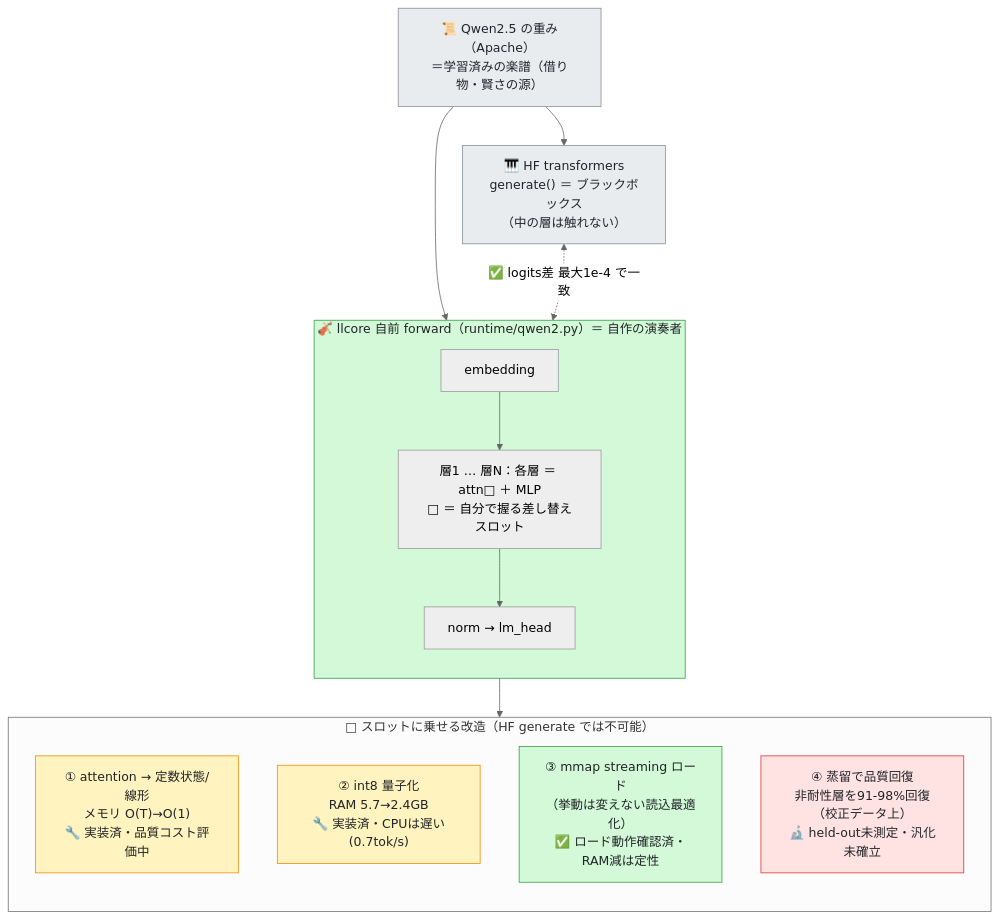
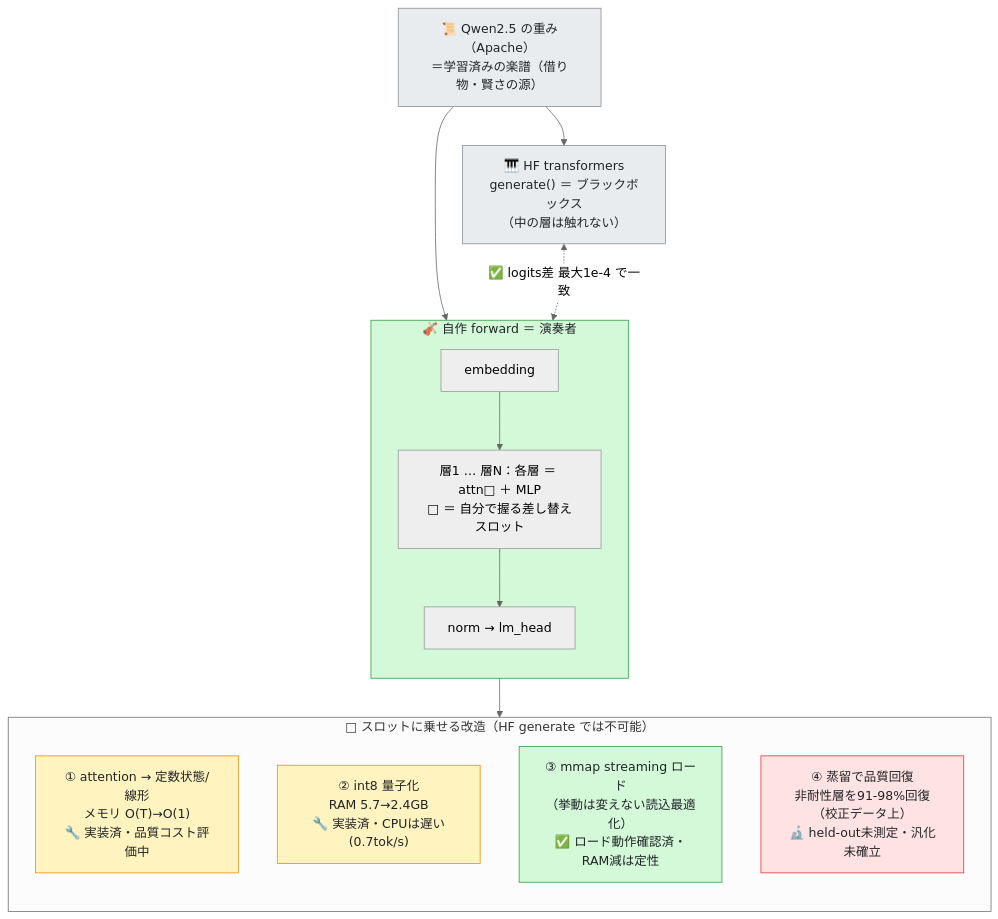
One commit to furuse-kazufumi/fullsense changed the diagram in docs/articles/drafts/QIITA_#43_honest_proxy_ja.md. Above: the diagram before and after it, drawn with Mermaid (neutral theme).

Commit message:
auto: QIITA_#43_honest_proxy_ja.md 編集前 (2026-06-27 21:45)

````diff
--- a/docs/articles/drafts/QIITA_#43_honest_proxy_ja.md
+++ b/docs/articles/drafts/QIITA_#43_honest_proxy_ja.md
@@ -467,28 +467,28 @@
 ```mermaid
 flowchart TB
     W["📜 Qwen2.5 の重み（Apache）<br/>＝学習済みの楽譜（借り物・賢さの源）"]
     W --> HF
     W --> NAT
     HF["🎹 HF transformers<br/>generate() ＝ ブラックボックス<br/>（中の層は触れない）"]
-    subgraph NAT["🎻 llcore 自前 forward（runtime/qwen2.py）＝ 自作の演奏者"]
+    subgraph NAT["🎻 自作 forward ＝ 演奏者"]
         direction TB
         E["embedding"] --> LY["層1 … 層N：各層 ＝ attn□ ＋ MLP<br/>□ ＝ 自分で握る差し替えスロット"] --> O["norm → lm_head"]
     end
     HF <-.->|"✅ logits差 最大1e-4 で一致"| NAT
     NAT --> MOD
     subgraph MOD["□ スロットに乗せる改造（HF generate では不可能）"]
         direction TB
         M1["① attention → 定数状態/線形<br/>メモリ O(T)→O(1)<br/>🔧 実装済・品質コスト評価中"]
         M2["② int8 量子化<br/>RAM 5.7→2.4GB<br/>🔧 実装済・CPUは遅い(0.7tok/s)"]
         M3["③ mmap streaming ロード<br/>（挙動は変えない読込最適化）<br/>✅ ロード動作確認済・RAM減は定性"]
         M4["④ 蒸留で品質回復<br/>非耐性層を91-98%回復（校正データ上）<br/>🔬 held-out未測定・汎化未確立"]
     end
     classDef borrowed fill:#e9ecef,stroke:#868e96,color:#212529
     classDef done fill:#d3f9d8,stroke:#2f9e44,color:#212529
     classDef wip fill:#fff3bf,stroke:#f08c00,color:#212529
     classDef research fill:#ffe3e3,stroke:#e03131,color:#212529
     class W,HF borrowed
     class NAT,M3 done
     class M1,M2 wip
     class M4 research
 ```
````
